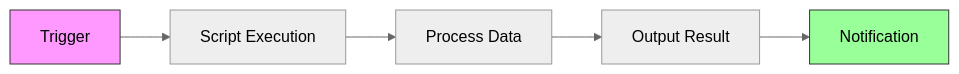
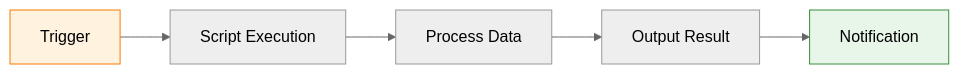
One commit to fanani-radian/openclaw-sumopod changed the diagram in docs/auto-generated/building-automated-workflows-with-openclaw-2026-03-15.md. Above: the diagram before and after it, drawn with Mermaid (neutral theme). The commit also changed other lines of this file and 3 other files, not shown here.

First line of the commit message:
auto: Generate tutorials with improved Mermaid diagrams - March 15, 2026

````diff
--- a/docs/auto-generated/building-automated-workflows-with-openclaw-2026-03-15.md
+++ b/docs/auto-generated/building-automated-workflows-with-openclaw-2026-03-15.md
@@ -37,10 +37,10 @@
 ```mermaid
 flowchart LR
-    A[Trigger] --> B[Script Execution]
-    B --> C[Process Data]
-    C --> D[Output Result]
-    D --> E[Notification]
+    A["Trigger"] --> B["Script Execution"]
+    B --> C["Process Data"]
+    C --> D["Output Result"]
+    D --> E["Notification"]
     
-    style A fill:#f9f,stroke:#333
-    style E fill:#9f9,stroke:#333
+    style A fill:#fff3e0,stroke:#f57c00
+    style E fill:#e8f5e9,stroke:#388e3c
 ```
````
